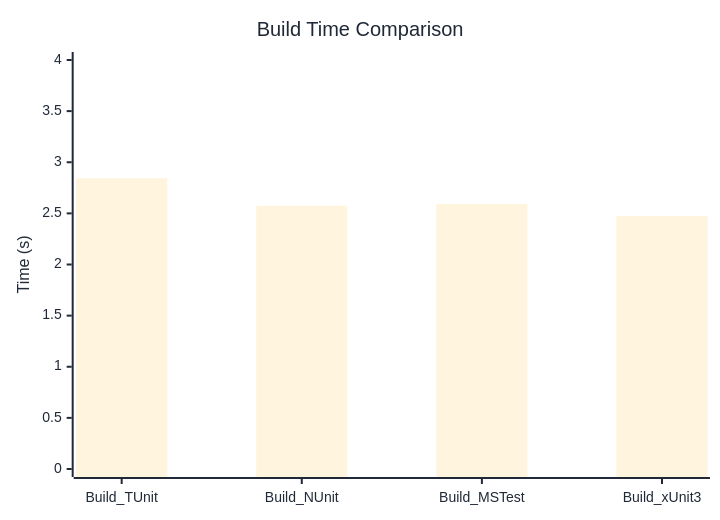
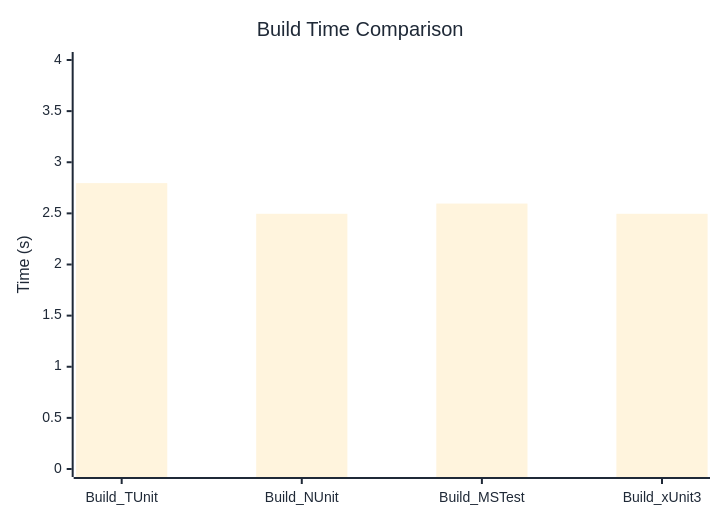
Before and after one commit to thomhurst/TUnit: the diagram in docs/docs/benchmarks/BuildTime.md, drawn with Mermaid. The commit also changed other lines of this file and 17 other files, not shown here.

````diff
--- a/docs/docs/benchmarks/BuildTime.md
+++ b/docs/docs/benchmarks/BuildTime.md
@@ -28,37 +28,37 @@
 ```mermaid
 %%{init: {
   'theme':'base',
   'themeVariables': {
     'primaryColor': '#2563eb',
     'primaryTextColor': '#1f2937',
     'primaryBorderColor': '#1e40af',
     'lineColor': '#6b7280',
     'secondaryColor': '#7c3aed',
     'tertiaryColor': '#dc2626',
     'background': '#ffffff',
     'mainBkg': '#2563eb',
     'secondBkg': '#7c3aed',
     'tertiaryBkg': '#dc2626',
     'clusterBkg': '#f3f4f6',
     'edgeLabelBackground': '#ffffff',
     'tertiaryTextColor': '#1f2937',
     'pie1': '#2563eb',
     'pie2': '#7c3aed',
     'pie3': '#dc2626',
     'pie4': '#f59e0b',
     'pie5': '#10b981',
     'pie6': '#06b6d4',
     'pie7': '#ec4899',
     'pie8': '#6366f1',
     'pie9': '#84cc16',
     'pie10': '#f97316',
     'pie11': '#14b8a6',
     'pie12': '#a855f7'
   }
 }}%%
 xychart-beta
   title "Build Time Comparison"
   x-axis ["Build_TUnit", "Build_NUnit", "Build_MSTest", "Build_xUnit3"]
   y-axis "Time (s)" 0 --> 4
-  bar [2.843, 2.575, 2.592, 2.475]
+  bar [2.796, 2.496, 2.596, 2.496]
 ```
````
